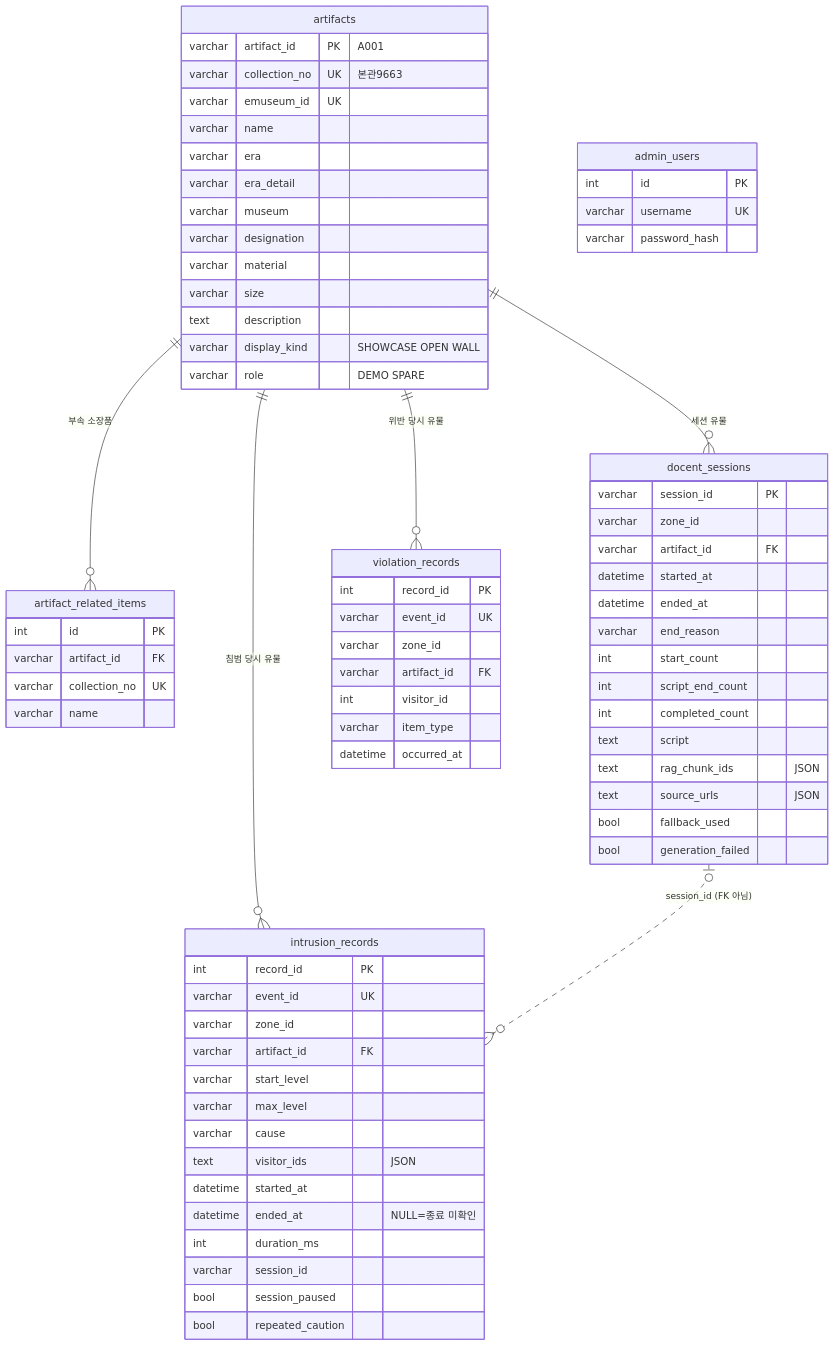
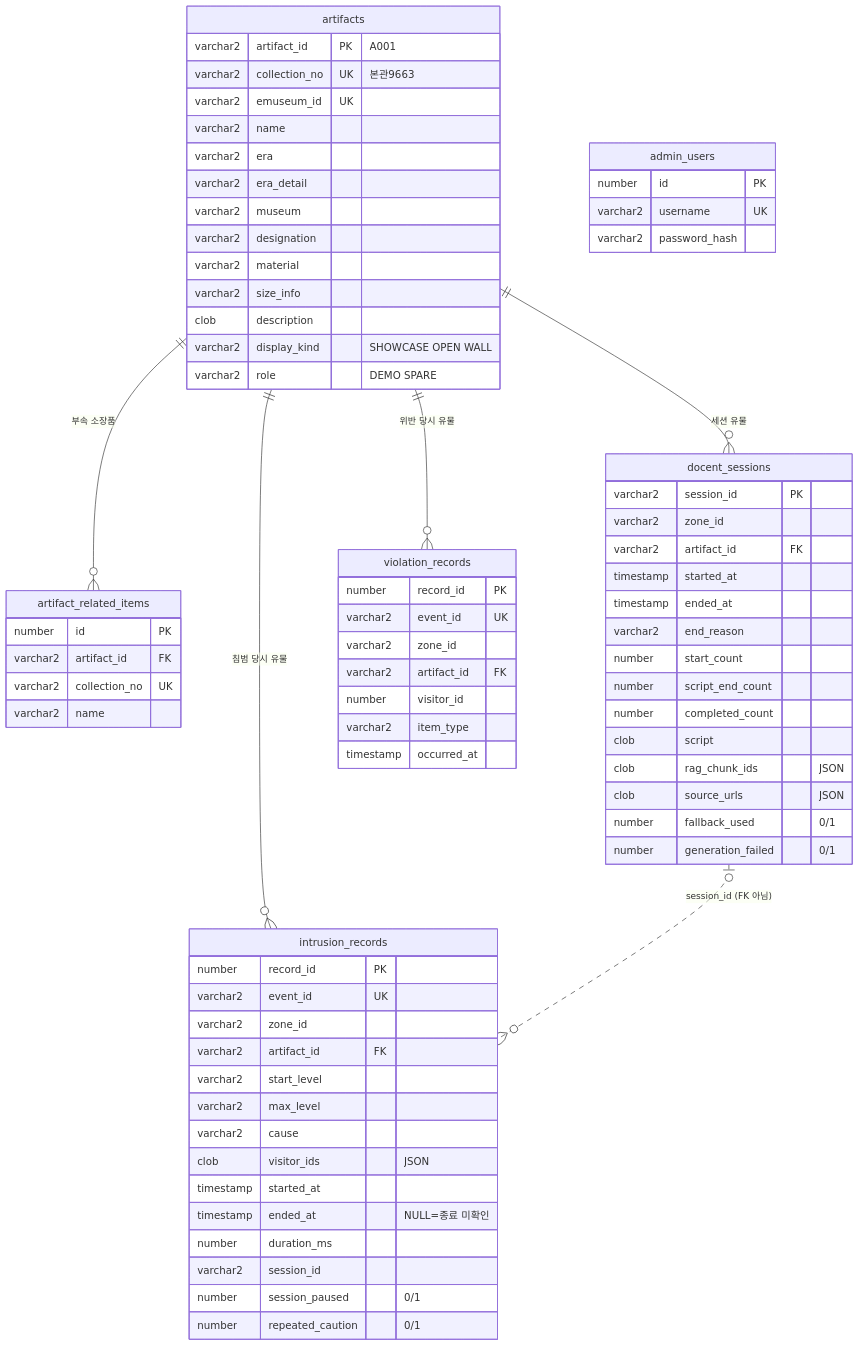
One commit to selkis4u/smart-museum-aiagent changed the diagram in docs/design/db/README.md. Above: the diagram before and after it, drawn with Mermaid. The commit also changed other lines of this file and 6 other files, not shown here.

````diff
--- a/docs/design/db/README.md
+++ b/docs/design/db/README.md
@@ -15,76 +23,76 @@
 ```mermaid
 erDiagram
     artifacts ||--o{ artifact_related_items : "부속 소장품"
     artifacts ||--o{ intrusion_records : "침범 당시 유물"
     artifacts ||--o{ docent_sessions : "세션 유물"
     artifacts ||--o{ violation_records : "위반 당시 유물"
     docent_sessions |o..o{ intrusion_records : "session_id (FK 아님)"
 
     admin_users {
-        int id PK
-        varchar username UK
-        varchar password_hash
+        number id PK
+        varchar2 username UK
+        varchar2 password_hash
     }
     artifacts {
-        varchar artifact_id PK "A001"
-        varchar collection_no UK "본관9663"
-        varchar emuseum_id UK
-        varchar name
-        varchar era
-        varchar era_detail
-        varchar museum
-        varchar designation
-        varchar material
-        varchar size
-        text description
-        varchar display_kind "SHOWCASE OPEN WALL"
-        varchar role "DEMO SPARE"
+        varchar2 artifact_id PK "A001"
+        varchar2 collection_no UK "본관9663"
+        varchar2 emuseum_id UK
+        varchar2 name
+        varchar2 era
+        varchar2 era_detail
+        varchar2 museum
+        varchar2 designation
+        varchar2 material
+        varchar2 size_info
+        clob description
+        varchar2 display_kind "SHOWCASE OPEN WALL"
+        varchar2 role "DEMO SPARE"
     }
     artifact_related_items {
-        int id PK
-        varchar artifact_id FK
-        varchar collection_no UK
-        varchar name
+        number id PK
+        varchar2 artifact_id FK
+        varchar2 collection_no UK
+        varchar2 name
     }
     intrusion_records {
-        int record_id PK
-        varchar event_id UK
-        varchar zone_id
-        varchar artifact_id FK
-        varchar start_level
-        varchar max_level
-        varchar cause
-        text visitor_ids "JSON"
-        datetime started_at
-        datetime ended_at "NULL=종료 미확인"
-        int duration_ms
-        varchar session_id
-        bool session_paused
-        bool repeated_caution
+        number record_id PK
+        varchar2 event_id UK
+        varchar2 zone_id
+        varchar2 artifact_id FK
+        varchar2 start_level
+        varchar2 max_level
+        varchar2 cause
+        clob visitor_ids "JSON"
+        timestamp started_at
+        timestamp ended_at "NULL=종료 미확인"
+        number duration_ms
+        varchar2 session_id
+        number session_paused "0/1"
+        number repeated_caution "0/1"
     }
     docent_sessions {
-        varchar session_id PK
-        varchar zone_id
-        varchar artifact_id FK
-        datetime started_at
-        datetime ended_at
-        varchar end_reason
-        int start_count
-        int script_end_count
-        int completed_count
-        text script
-        text rag_chunk_ids "JSON"
-        text source_urls "JSON"
-        bool fallback_used
-        bool generation_failed
+        varchar2 session_id PK
+        varchar2 zone_id
+        varchar2 artifact_id FK
+        timestamp started_at
+        timestamp ended_at
+        varchar2 end_reason
+        number start_count
+        number script_end_count
+        number completed_count
+        clob script
+        clob rag_chunk_ids "JSON"
+        clob source_urls "JSON"
+        number fallback_used "0/1"
+        number generation_failed "0/1"
     }
     violation_records {
-        int record_id PK
-        varchar event_id UK
-        varchar zone_id
-        varchar artifact_id FK
-        int visitor_id
-        varchar item_type
-        datetime occurred_at
+        number record_id PK
+        varchar2 event_id UK
+        varchar2 zone_id
+        varchar2 artifact_id FK
+        number visitor_id
+        varchar2 item_type
+        timestamp occurred_at
     }
 ```
````
